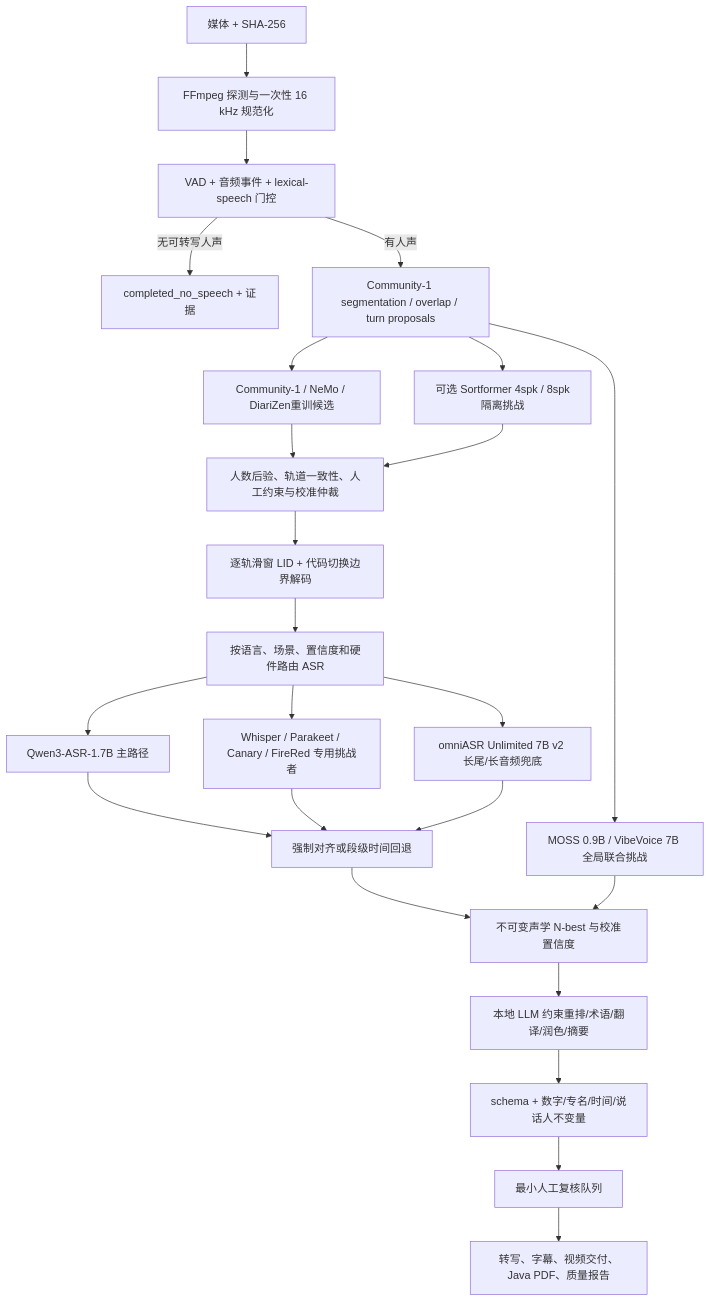
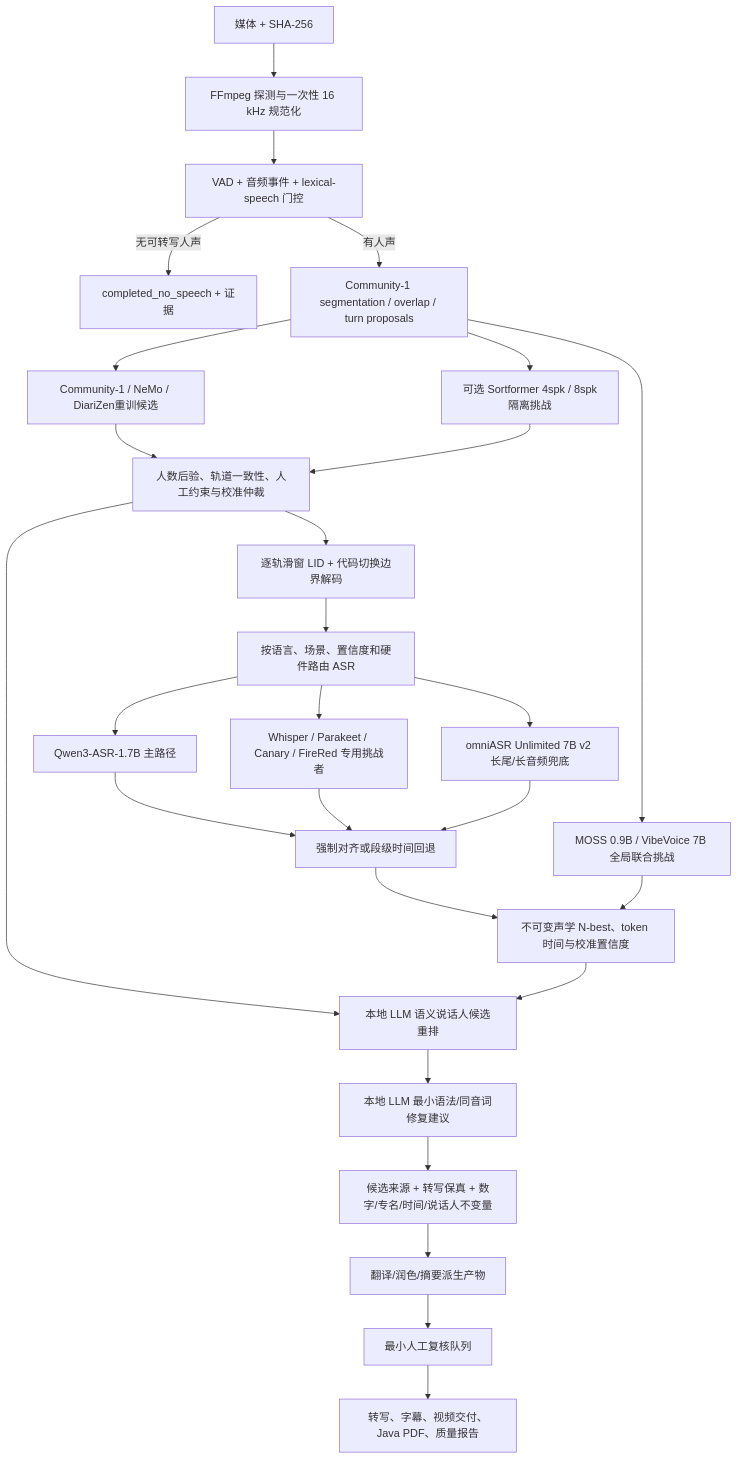
Before and after one commit to 3351666087/MediaTranscribeStudio: the diagram in docs/refactor/FLAGSHIP_SPEECH_ARCHITECTURE.md, drawn with Mermaid. The commit also changed other lines of this file and 1 other file, not shown here.

Commit message:
docs: add constrained semantic speech correction

````diff
--- a/docs/refactor/FLAGSHIP_SPEECH_ARCHITECTURE.md
+++ b/docs/refactor/FLAGSHIP_SPEECH_ARCHITECTURE.md
@@ -60,26 +62,29 @@
 ```mermaid
 flowchart TD
   INPUT["媒体 + SHA-256"] --> PROBE["FFmpeg 探测与一次性 16 kHz 规范化"]
   PROBE --> GATE["VAD + 音频事件 + lexical-speech 门控"]
   GATE -->|"无可转写人声"| NOSPEECH["completed_no_speech + 证据"]
   GATE -->|"有人声"| SEG["Community-1 segmentation / overlap / turn proposals"]
   SEG --> DIAR["Community-1 / NeMo / DiariZen重训候选"]
   SEG --> FAST["可选 Sortformer 4spk / 8spk隔离挑战"]
   DIAR --> FUSION["人数后验、轨道一致性、人工约束与校准仲裁"]
   FAST --> FUSION
   FUSION --> LID["逐轨滑窗 LID + 代码切换边界解码"]
   LID --> ROUTER["按语言、场景、置信度和硬件路由 ASR"]
   ROUTER --> QWEN["Qwen3-ASR-1.7B 主路径"]
   ROUTER --> SPECIALIST["Whisper / Parakeet / Canary / FireRed 专用挑战者"]
   ROUTER --> OMNI["omniASR Unlimited 7B v2 长尾/长音频兜底"]
   QWEN --> ALIGN["强制对齐或段级时间回退"]
   SPECIALIST --> ALIGN
   OMNI --> ALIGN
-  ALIGN --> NBEST["不可变声学 N-best 与校准置信度"]
+  ALIGN --> NBEST["不可变声学 N-best、token 时间与校准置信度"]
   SEG --> JOINT["MOSS 0.9B / VibeVoice 7B 全局联合挑战"]
   JOINT --> NBEST
-  NBEST --> LLM["本地 LLM 约束重排/术语/翻译/润色/摘要"]
-  LLM --> VALIDATE["schema + 数字/专名/时间/说话人不变量"]
-  VALIDATE --> REVIEW["最小人工复核队列"]
+  FUSION --> SEMANTIC["本地 LLM 语义说话人候选重排"]
+  NBEST --> SEMANTIC
+  SEMANTIC --> TEXTFIX["本地 LLM 最小语法/同音词修复建议"]
+  TEXTFIX --> VALIDATE["候选来源 + 转写保真 + 数字/专名/时间/说话人不变量"]
+  VALIDATE --> BUSINESS["翻译/润色/摘要派生产物"]
+  BUSINESS --> REVIEW["最小人工复核队列"]
   REVIEW --> OUTPUT["转写、字幕、视频交付、Java PDF、质量报告"]
 ```
````
